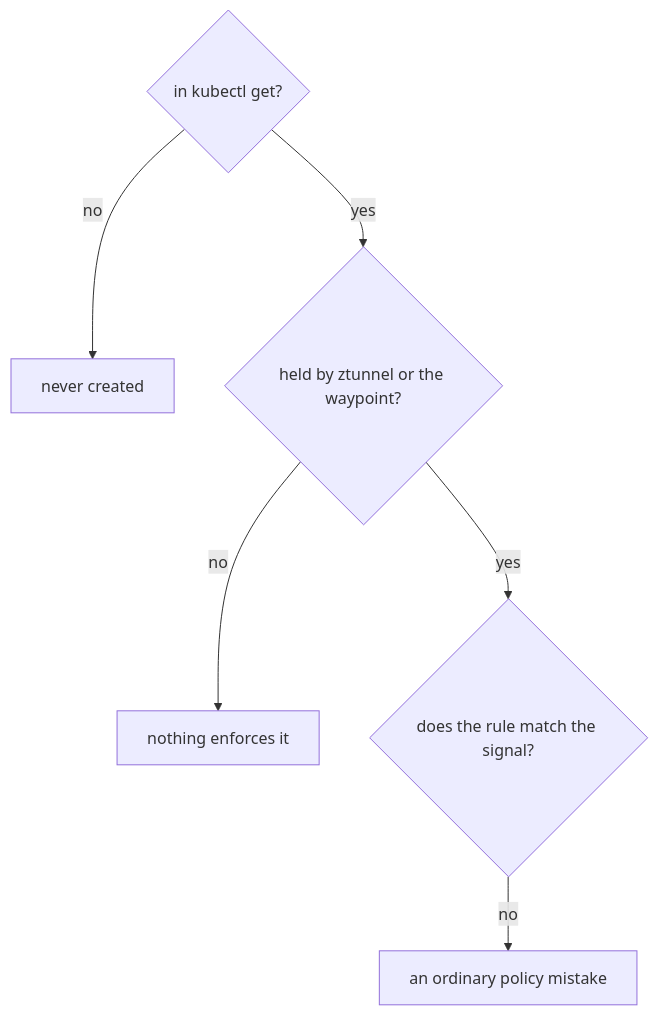
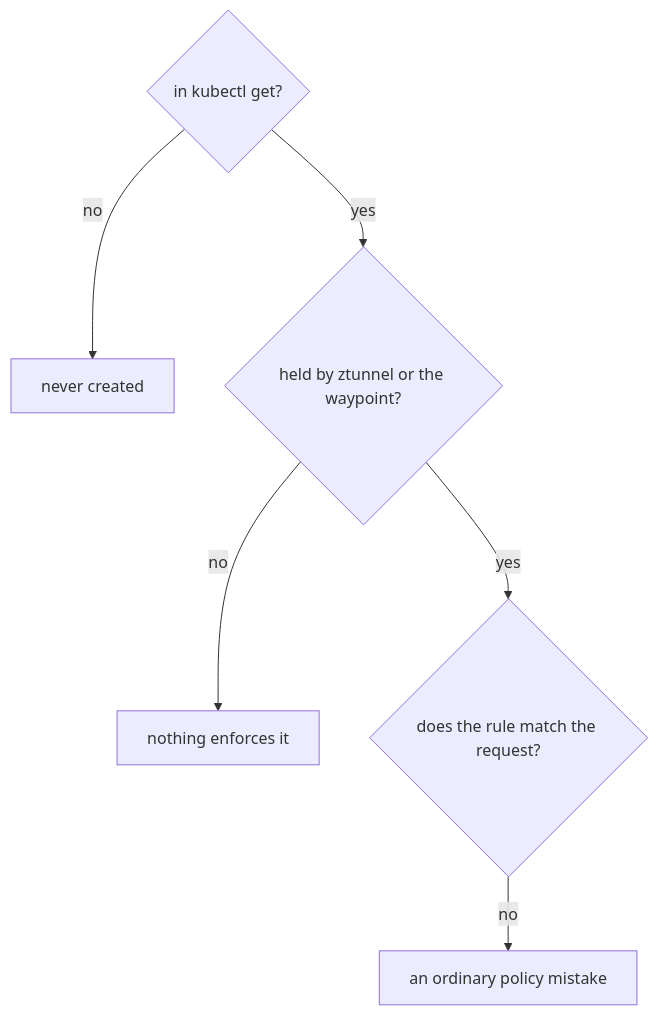
One commit to astrona-io/ATS015 changed the first of 2 diagrams in sections/section-060/module-01/course-05-ask-who-holds-the-rule.md. Above: the diagram before and after it, drawn with Mermaid. The commit also changed other lines of this file and 27 other files, not shown here.

````diff
--- a/sections/section-060/module-01/course-05-ask-who-holds-the-rule.md
+++ b/sections/section-060/module-01/course-05-ask-who-holds-the-rule.md
@@ -62,8 +62,8 @@
 ```mermaid
 flowchart TB
     Q1{"in kubectl get?"} -->|"no"| A1["never created"]
     Q1 -->|"yes"| Q2{"held by ztunnel or the waypoint?"}
     Q2 -->|"no"| A2["nothing enforces it"]
-    Q2 -->|"yes"| Q3{"does the rule match the signal?"}
+    Q2 -->|"yes"| Q3{"does the rule match the request?"}
     Q3 -->|"no"| A3["an ordinary policy mistake"]
 ```
````
